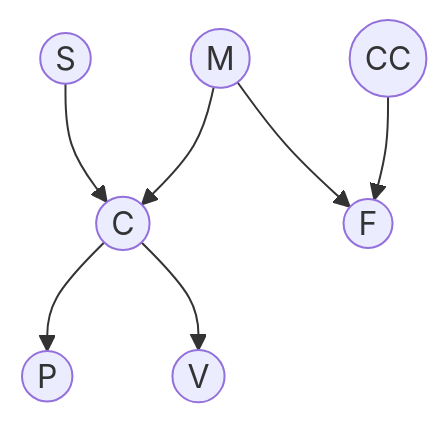
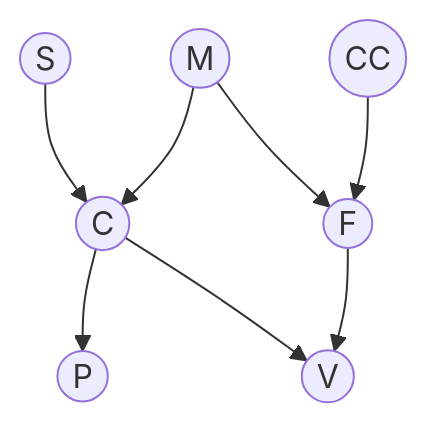
The second of 8 diagrams in public/notes/advanced-artificial-intelligence.md (AkagawaTsurunaki/AkagawaTsurunaki.github.io), drawn with Mermaid before and after one commit. The commit also changed other lines of this file, not shown here.

````diff
--- a/public/notes/advanced-artificial-intelligence.md
+++ b/public/notes/advanced-artificial-intelligence.md
@@ -64,9 +64,10 @@
 ```mermaid
 graph TD
     S((S))-->C((C)) 
     M((M)) --> C
     M --> F((F))
     CC((CC)) --> F
     C --> P((P))
     C --> V((V))
+    F --> V
 ```
````
